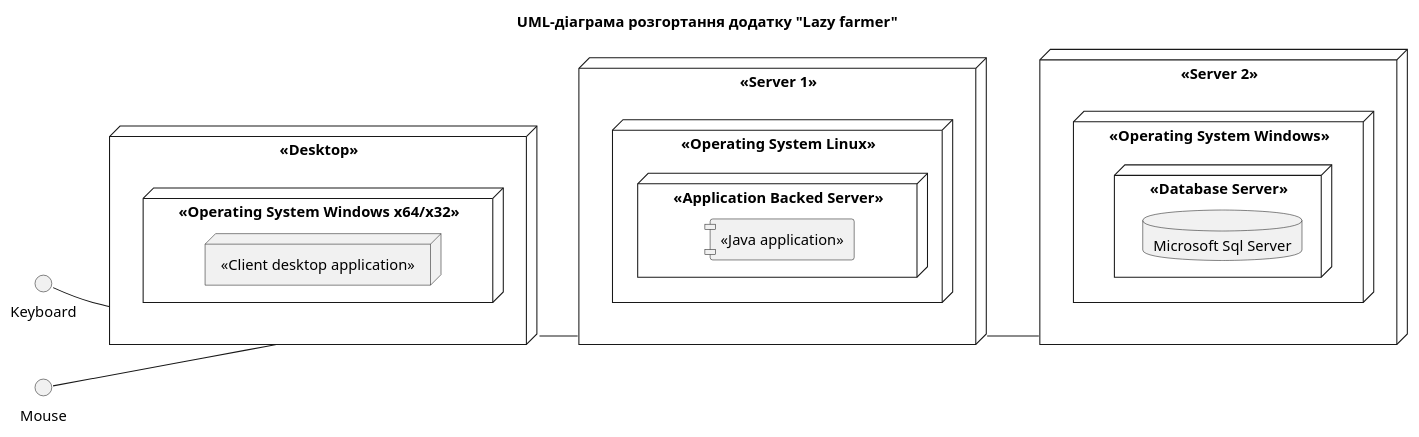
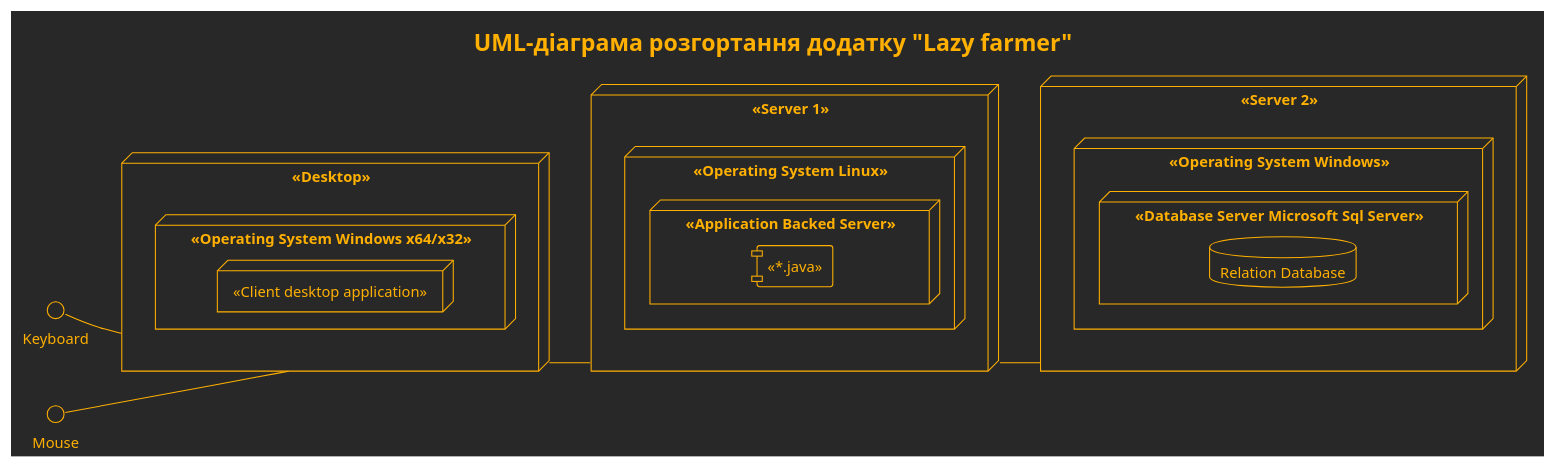
One commit to OS-IS/ai202-larin changed the diagram in Laboratory-work-2/UML-Deployment.puml. Above: the diagram before and after it, drawn with PlantUML. The commit also changed 4 other files, not shown here.

```diff
--- a/Laboratory-work-2/UML-Deployment.puml
+++ b/Laboratory-work-2/UML-Deployment.puml
@@ -1,42 +1,43 @@
 @startuml
+!theme crt-amber
 title UML-діаграма розгортання додатку "Lazy farmer"
 
 left to right direction
 
 skinparam componentStyle uml1
 
 node "<<Desktop>>" as dk {
     node "<<Operating System Windows x64/x32>>" {
         node "<<Client desktop application>>" {
         }
     }
 }
 
 interface Keyboard
 
 interface Mouse
 
 Keyboard -- dk
 
 Mouse -- dk
 
 node "<<Server 1>>" as serv1 {
 	node "<<Operating System Linux>>" as l1 {
 	    node "<<Application Backed Server>>" {
-		    component [<<Java application>>]
+		    component [<<*.java>>]
 		}
 	}
 }
 
 dk -- serv1
 
 node "<<Server 2>>" as serv2 {
 	node "<<Operating System Windows>>" as l2 {
-	    node "<<Database Server>>" {
-		    database "Microsoft Sql Server"
+	    node "<<Database Server Microsoft Sql Server>>" {
+		    database "Relation Database"
 		}
 	}
 }
 
 serv1 -- serv2
 @enduml
```
